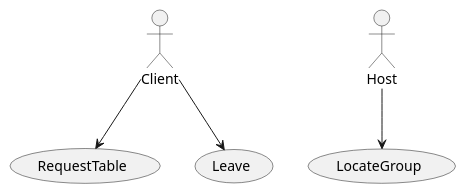
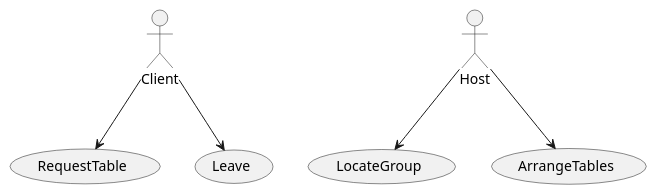
One commit to fraylopez/restaurant changed the diagram in docs/src/UseCases.puml. Above: the diagram before and after it, drawn with PlantUML. The commit also changed 1 other file, not shown here.

Commit message:
docs: add arrange tables use case

```diff
--- a/docs/src/UseCases.puml
+++ b/docs/src/UseCases.puml
@@ -1,16 +1,18 @@
 @startuml UseCases
 
 actor Client
 actor Host
 
 usecase RequestTable
 usecase Leave
 
 usecase LocateGroup
+usecase ArrangeTables
 
 Client --> RequestTable
 Client --> Leave
 
 Host --> LocateGroup
+Host --> ArrangeTables
 
 @enduml
```
